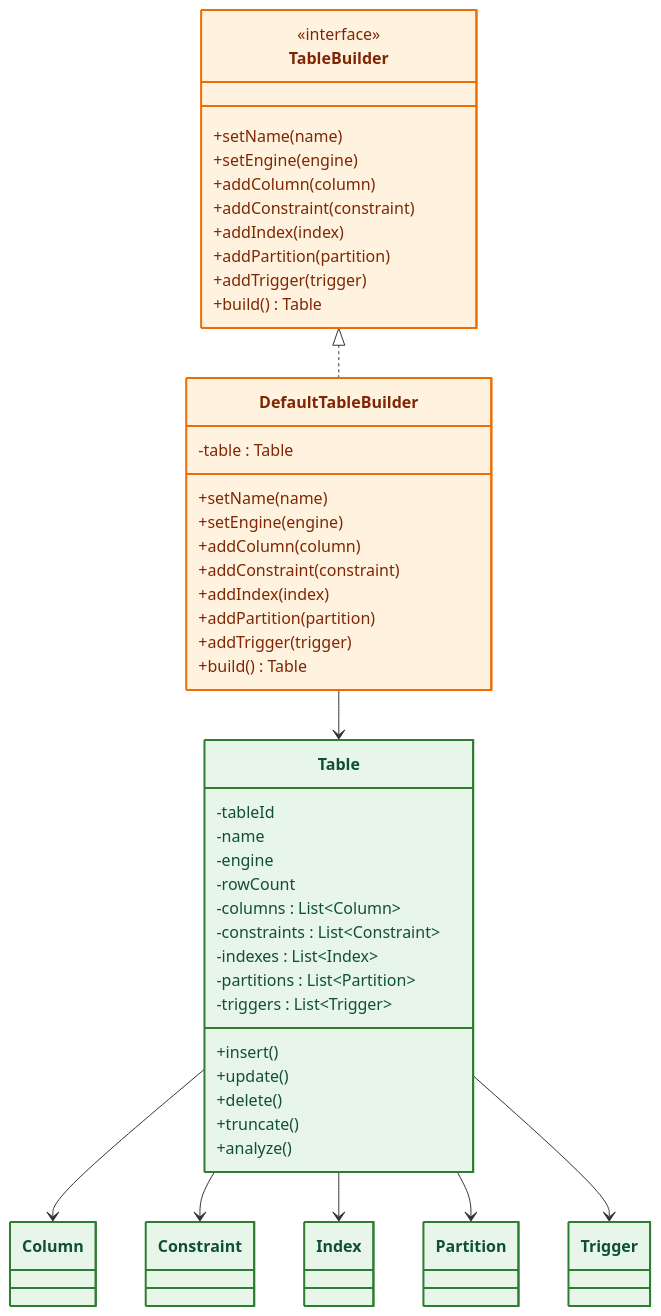
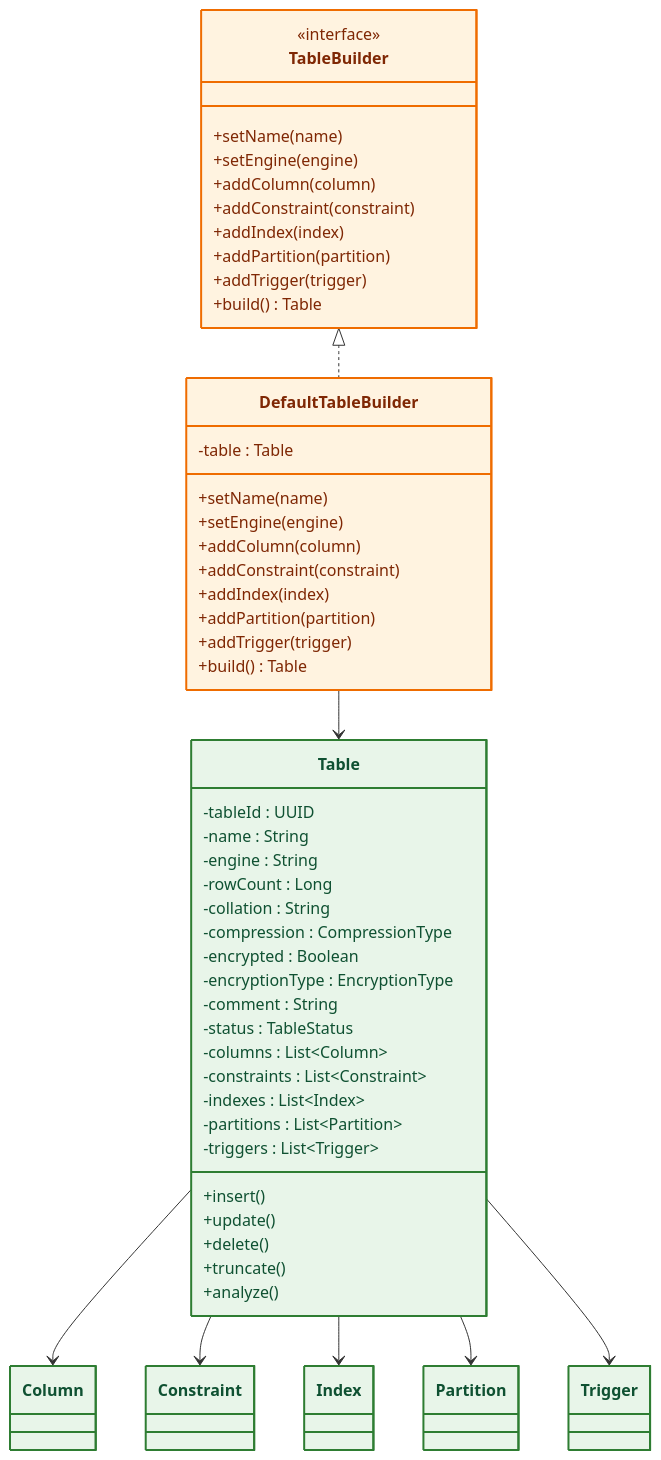
One commit to Huy1801214/dbms-architecture changed the eighth of 23 diagrams in docs/README.md. Above: the diagram before and after it, drawn with Mermaid. The commit also changed other lines of this file and 7 other files, not shown here.

```diff
--- a/docs/README.md
+++ b/docs/README.md
@@ -1323,10 +1377,16 @@
 %% =====================================================
 
 class Table{
-    -tableId
-    -name
-    -engine
-    -rowCount
+    -tableId : UUID
+    -name : String
+    -engine : String
+    -rowCount : Long
+    -collation : String
+    -compression : CompressionType
+    -encrypted : Boolean
+    -encryptionType : EncryptionType
+    -comment : String
+    -status : TableStatus
 
     -columns : List~Column~
     -constraints : List~Constraint~
```
